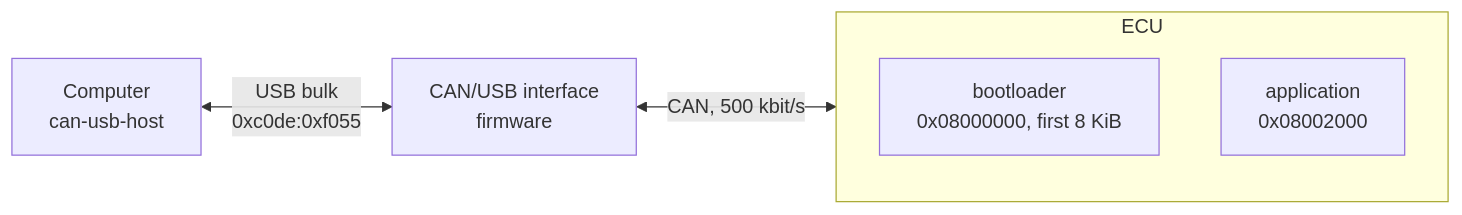
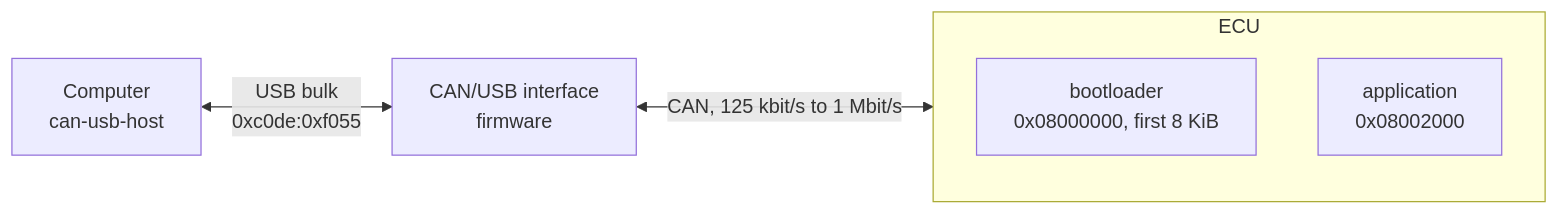
The diagram in site/content/wiki/can-usb.md (aphid-ev/aphid-ev), drawn with Mermaid before and after one commit. The commit also changed other lines of this file and 10 other files, not shown here.

````diff
--- a/site/content/wiki/can-usb.md
+++ b/site/content/wiki/can-usb.md
@@ -12,14 +12,14 @@
 ```mermaid
 flowchart LR
     PC["Computer<br/>can-usb-host"]
     DONGLE["CAN/USB interface<br/>firmware"]
 
     PC <-->|"USB bulk<br/>0xc0de:0xf055"| DONGLE
-    DONGLE <-->|"CAN, 500 kbit/s"| ECU
+    DONGLE <-->|"CAN, 125 kbit/s to 1 Mbit/s"| ECU
 
     subgraph ECU["ECU"]
         direction TB
         BL["bootloader<br/>0x08000000, first 8 KiB"]
         APP["application<br/>0x08002000"]
     end
 ```
````
